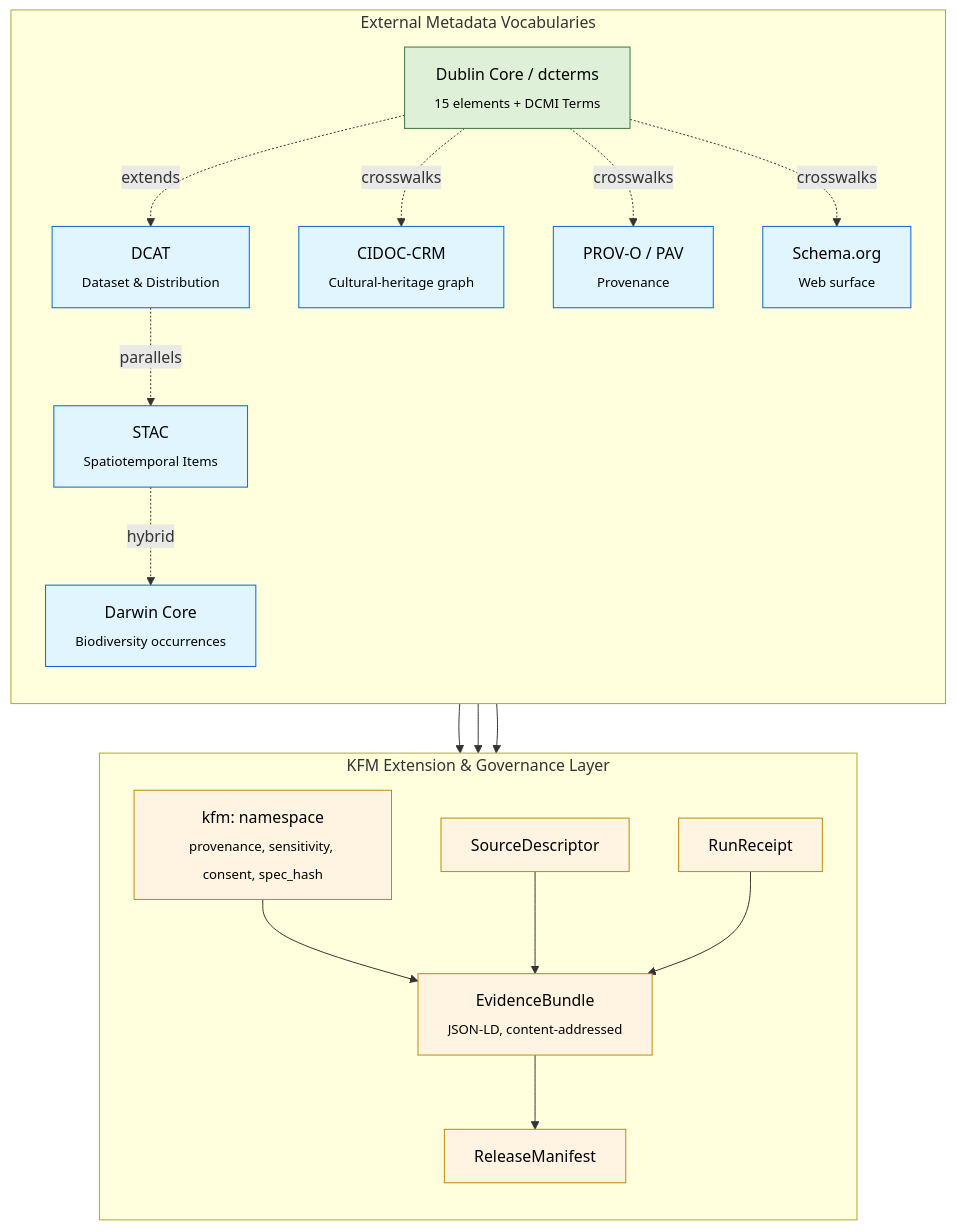
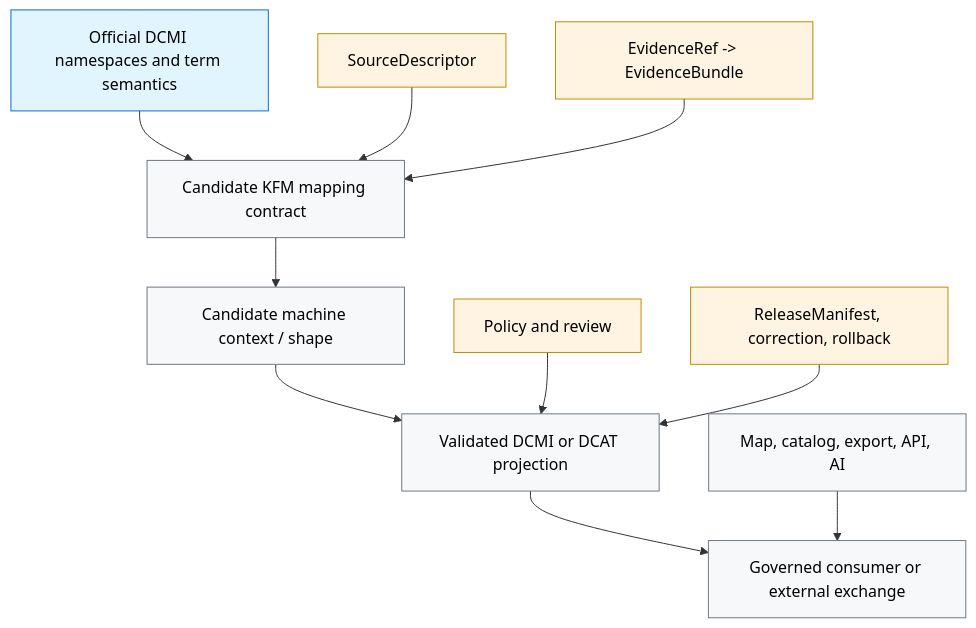
One commit to bartytime4life/Kansas-Frontier-Matrix changed the diagram in docs/standards/DUBLIN-CORE.md. Above: the diagram before and after it, drawn with Mermaid. The commit also changed other lines of this file, not shown here.

Commit message:
docs: reconcile Dublin Core guidance with current evidence

````diff
--- a/docs/standards/DUBLIN-CORE.md
+++ b/docs/standards/DUBLIN-CORE.md
@@ -92,43 +177,21 @@
 ```mermaid
-flowchart TB
-    subgraph EXTERNAL["External Metadata Vocabularies"]
-        direction TB
-        DC["Dublin Core / dcterms<br/><sub>15 elements + DCMI Terms</sub>"]
-        DCAT["DCAT<br/><sub>Dataset & Distribution</sub>"]
-        STAC["STAC<br/><sub>Spatiotemporal Items</sub>"]
-        DWC["Darwin Core<br/><sub>Biodiversity occurrences</sub>"]
-        CRM["CIDOC-CRM<br/><sub>Cultural-heritage graph</sub>"]
-        PROV["PROV-O / PAV<br/><sub>Provenance</sub>"]
-        SCHEMA["Schema.org<br/><sub>Web surface</sub>"]
-    end
+flowchart TD
+    A["Official DCMI namespaces and term semantics"] --> B["Candidate KFM mapping contract"]
+    B --> C["Candidate machine context / shape"]
+    C --> D["Validated DCMI or DCAT projection"]
+    D --> E["Governed consumer or external exchange"]
 
-    subgraph KFM["KFM Extension & Governance Layer"]
-        direction TB
-        KFMNS["kfm: namespace<br/><sub>provenance, sensitivity, consent, spec_hash</sub>"]
-        SD["SourceDescriptor"]
-        EB["EvidenceBundle<br/><sub>JSON-LD, content-addressed</sub>"]
-        RR["RunReceipt"]
-        RM["ReleaseManifest"]
-    end
+    S["SourceDescriptor"] --> B
+    V["EvidenceRef -> EvidenceBundle"] --> B
+    P["Policy and review"] --> D
+    R["ReleaseManifest, correction, rollback"] --> D
 
-    DC -. extends .-> DCAT
-    DC -. crosswalks .-> CRM
-    DC -. crosswalks .-> PROV
-    DC -. crosswalks .-> SCHEMA
-    DCAT -. parallels .-> STAC
-    STAC -. hybrid .-> DWC
-    DCAT --> KFMNS
-    STAC --> KFMNS
-    PROV --> EB
-    KFMNS --> EB
-    SD --> EB
-    EB --> RM
-    RR --> EB
+    X["Map, catalog, export, API, AI"] --> E
 
-    classDef base fill:#dff0d8,stroke:#3c763d,color:#000
-    classDef ext  fill:#e1f5ff,stroke:#0366d6,color:#000
-    classDef kfm  fill:#fff4e1,stroke:#bf8b00,color:#000
-    class DC base
-    class DCAT,STAC,DWC,CRM,PROV,SCHEMA ext
-    class KFMNS,SD,EB,RR,RM kfm
+    classDef external fill:#e1f5ff,stroke:#0969da,color:#000;
+    classDef authority fill:#fff4e1,stroke:#bf8b00,color:#000;
+    classDef candidate fill:#f6f8fa,stroke:#6e7781,color:#000;
+    class A external;
+    class S,V,P,R authority;
+    class B,C,D,E,X candidate;
 ```
````
